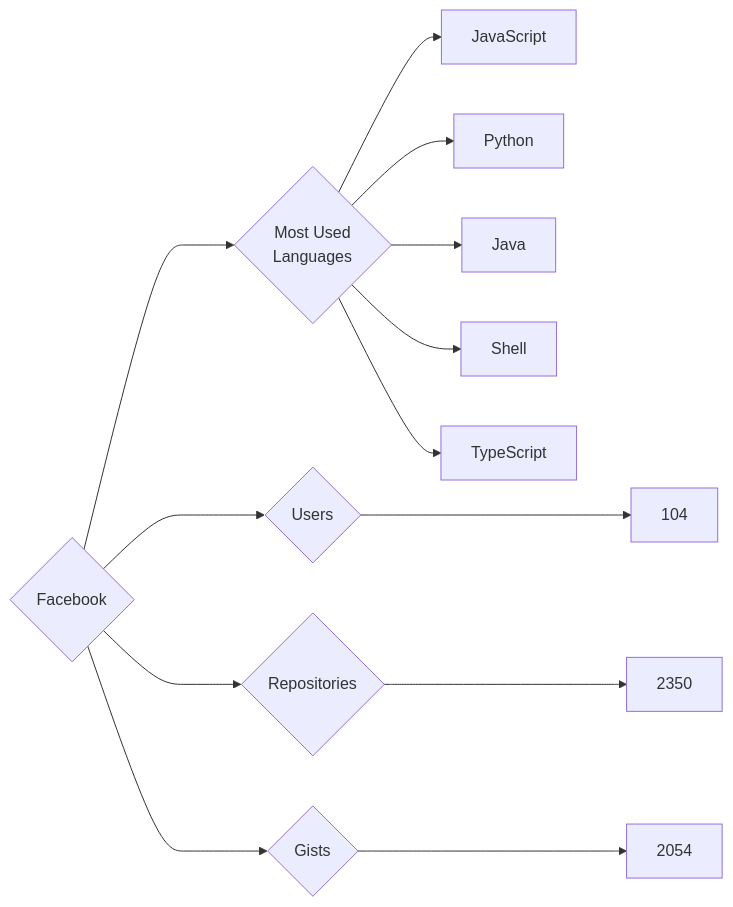
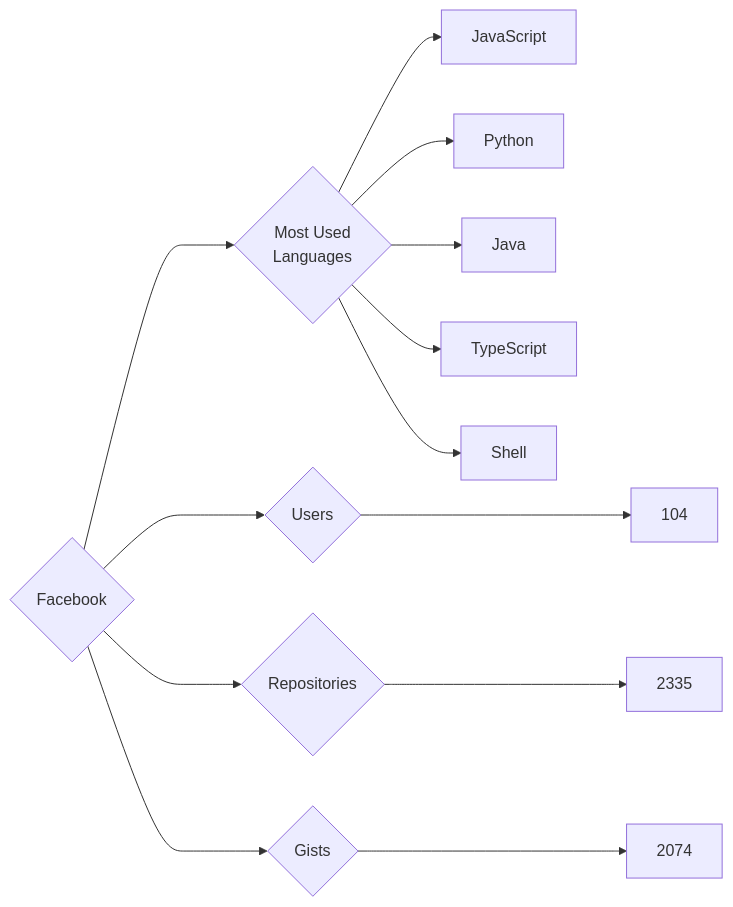
Before and after one commit to trickest/insiders: the diagram in targets/Facebook/README.md, drawn with Mermaid. The commit also changed 860 other files, not shown here.

````diff
--- a/targets/Facebook/README.md
+++ b/targets/Facebook/README.md
@@ -3,13 +3,13 @@
 ```mermaid
 graph LR
 COMPANY_NAME{Facebook}
 COMPANY_NAME ---> U{Users} ---> UN[104]
-COMPANY_NAME ---> R{Repositories} ---> RN[2350]
-COMPANY_NAME ---> G{Gists} ---> GN[2054]
+COMPANY_NAME ---> R{Repositories} ---> RN[2335]
+COMPANY_NAME ---> G{Gists} ---> GN[2074]
 COMPANY_NAME ---> ML{Most Used<br>Languages}
 ML --> JavaScript[JavaScript]
 ML --> Python[Python]
 ML --> Java[Java]
+ML --> TypeScript[TypeScript]
 ML --> Shell[Shell]
-ML --> TypeScript[TypeScript]
 ```
````
